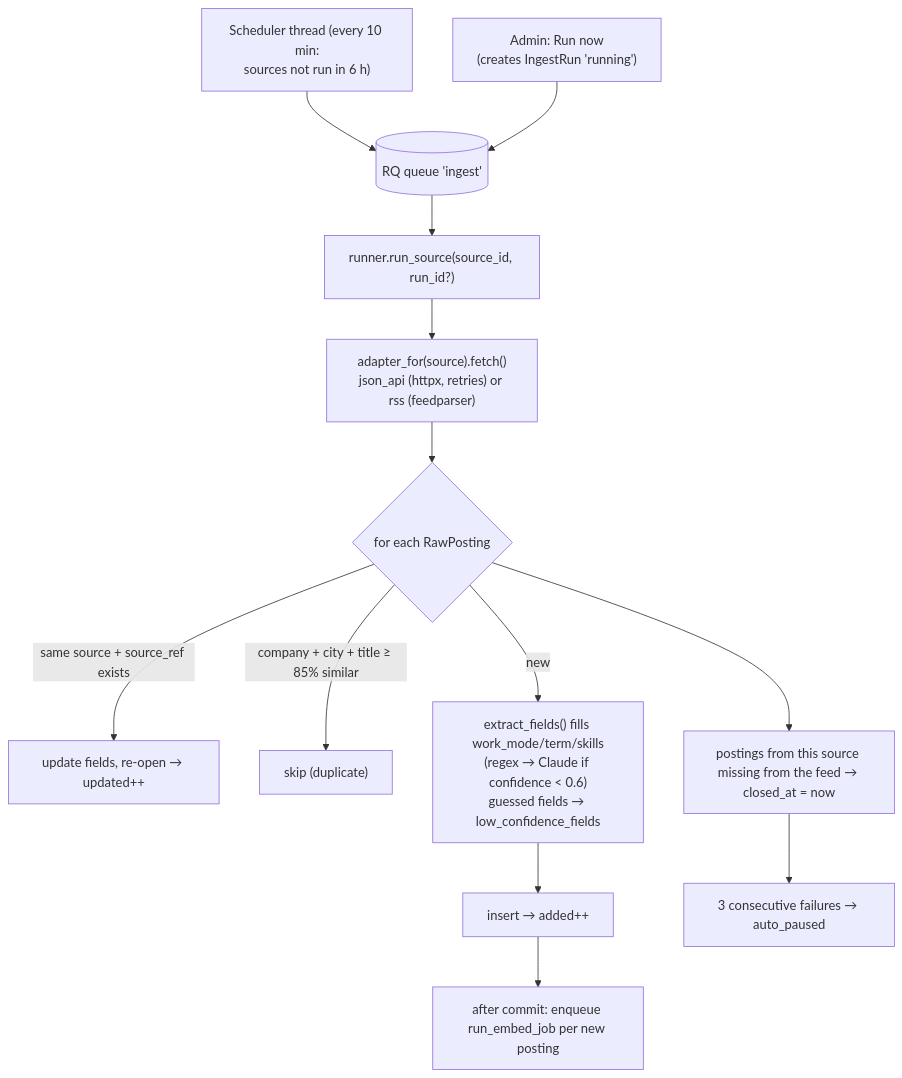
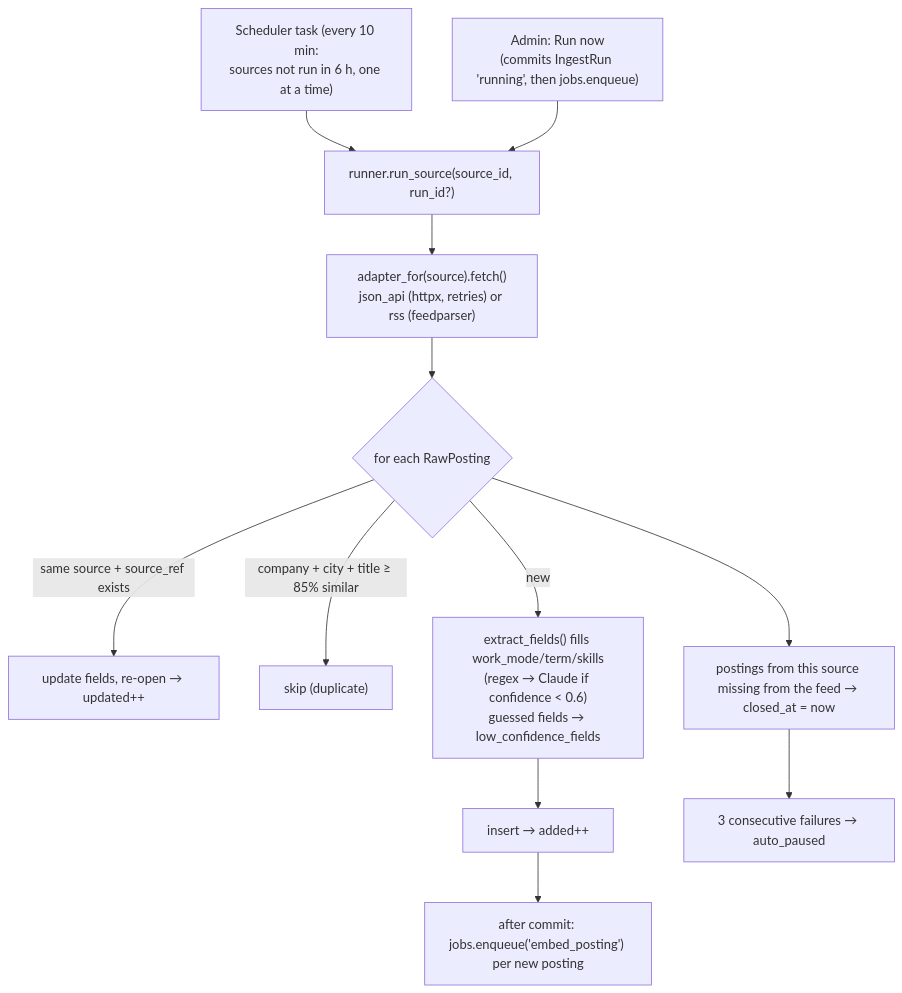
One commit to mbendari7/COOP-Radar changed the third of 3 diagrams in docs/PROJECT_GUIDE.md. Above: the diagram before and after it, drawn with Mermaid. The commit also changed other lines of this file and 99 other files, not shown here.

````diff
--- a/docs/PROJECT_GUIDE.md
+++ b/docs/PROJECT_GUIDE.md
@@ -212,15 +219,15 @@
 ```mermaid
 flowchart TD
-    T["Scheduler thread (every 10 min:<br/>sources not run in 6 h)"] --> Q[(RQ queue 'ingest')]
-    A["Admin: Run now<br/>(creates IngestRun 'running')"] --> Q
-    Q --> R["runner.run_source(source_id, run_id?)"]
+    T["Scheduler task (every 10 min:<br/>sources not run in 6 h, one at a time)"] --> R
+    A["Admin: Run now<br/>(commits IngestRun 'running', then jobs.enqueue)"] --> R
+    R["runner.run_source(source_id, run_id?)"]
     R --> AD["adapter_for(source).fetch()<br/>json_api (httpx, retries) or rss (feedparser)"]
     AD --> L{"for each RawPosting"}
     L -->|"same source + source_ref exists"| U["update fields, re-open → updated++"]
     L -->|"company + city + title ≥ 85% similar"| SK["skip (duplicate)"]
     L -->|new| X["extract_fields() fills work_mode/term/skills<br/>(regex → Claude if confidence < 0.6)<br/>guessed fields → low_confidence_fields"]
     X --> I["insert → added++"]
     L --> C["postings from this source missing from the feed → closed_at = now"]
     C --> F["3 consecutive failures → auto_paused"]
-    I --> E["after commit: enqueue run_embed_job per new posting"]
+    I --> E["after commit: jobs.enqueue('embed_posting') per new posting"]
 ```
````
